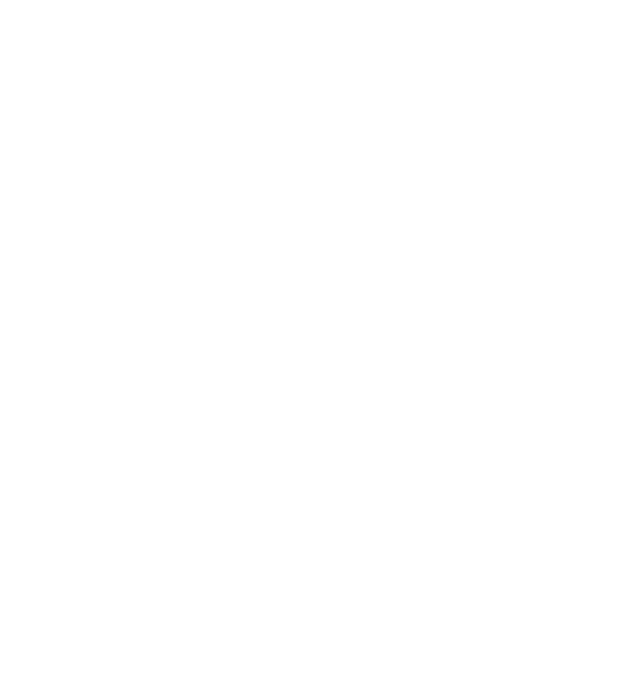
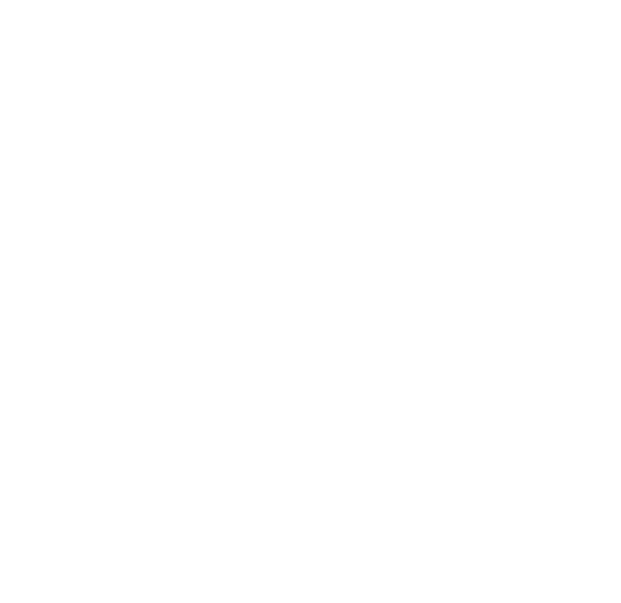
The diagram in docs/framework_protocol.md (Qr1mln/PlusPlugin), drawn with Mermaid before and after one commit. The commit also changed other lines of this file and 16 other files, not shown here.

````diff
--- a/docs/framework_protocol.md
+++ b/docs/framework_protocol.md
@@ -76,18 +76,16 @@
 ```mermaid
 %%{init: {'look':'handDrawn','theme':'base','themeVariables':{'background':'transparent','lineColor':'#ffffff','textColor':'#ffffff','primaryTextColor':'#ffffff','signalColor':'#ffffff','signalTextColor':'#ffffff','actorTextColor':'#ffffff','actorLineColor':'#ffffff','actorBkg':'transparent','actorBorder':'#ffffff','labelBoxBkgColor':'transparent','labelBoxBorderColor':'#ffffff','labelTextColor':'#ffffff','noteBkgColor':'transparent','noteBorderColor':'#ffffff','noteTextColor':'#ffffff'}}}%%
 sequenceDiagram
     participant V as version.dll (ghost)
     participant F as framework.dll (platform)
 
     V->>F: LoadLibrary + GetProcAddress("NotifyPlatform")
     V->>F: NotifyPlatform({cmd:"init", dispatch, ctx, ini})
     F-->>V: {ok:true, proto:1}
     Note over F: 启动 worker / WebSocket 线程
     V->>F: NotifyPlatform({cmd:"geometry"})
     F-->>V: {ok:true, ...}
-    F->>V: NotifyGhost({cmd:"publishLog", text})
-    V-->>F: {ok:true}
     V->>F: NotifyPlatform({cmd:"shutdown"})
     F-->>V: {ok:true}
     V->>F: FreeLibrary
 ```
````
